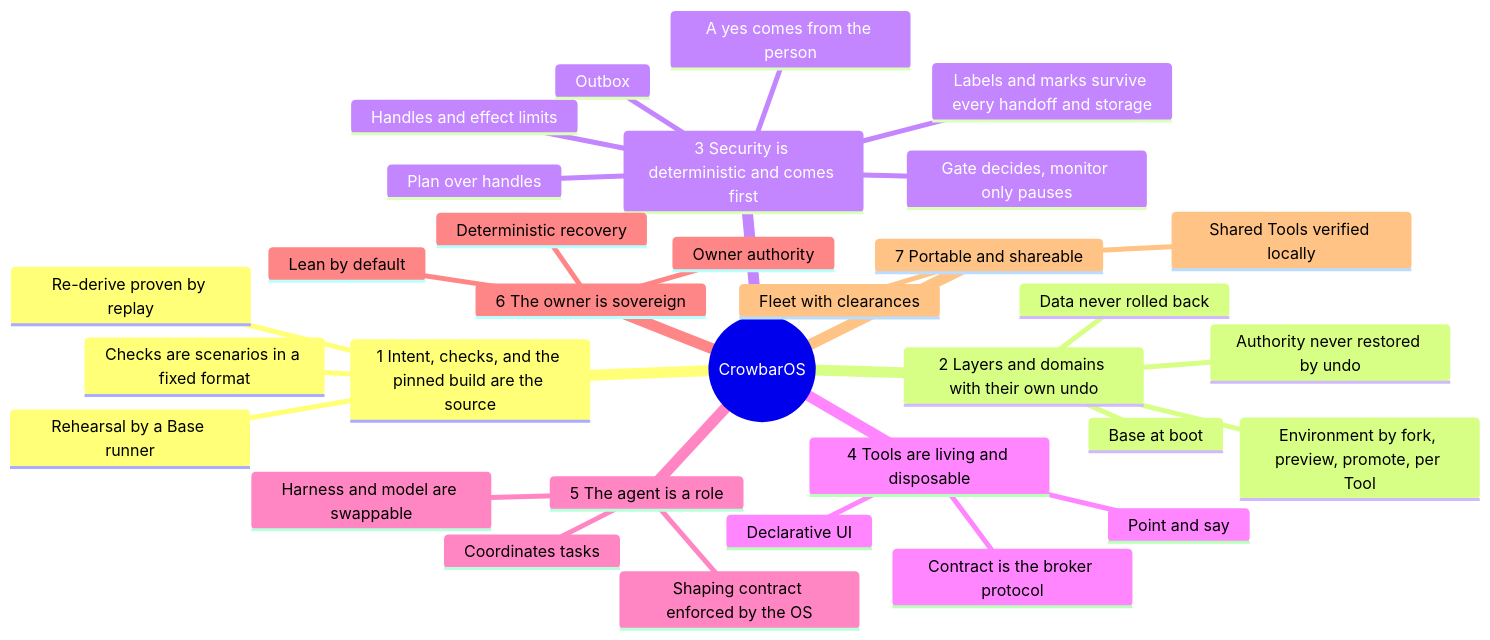
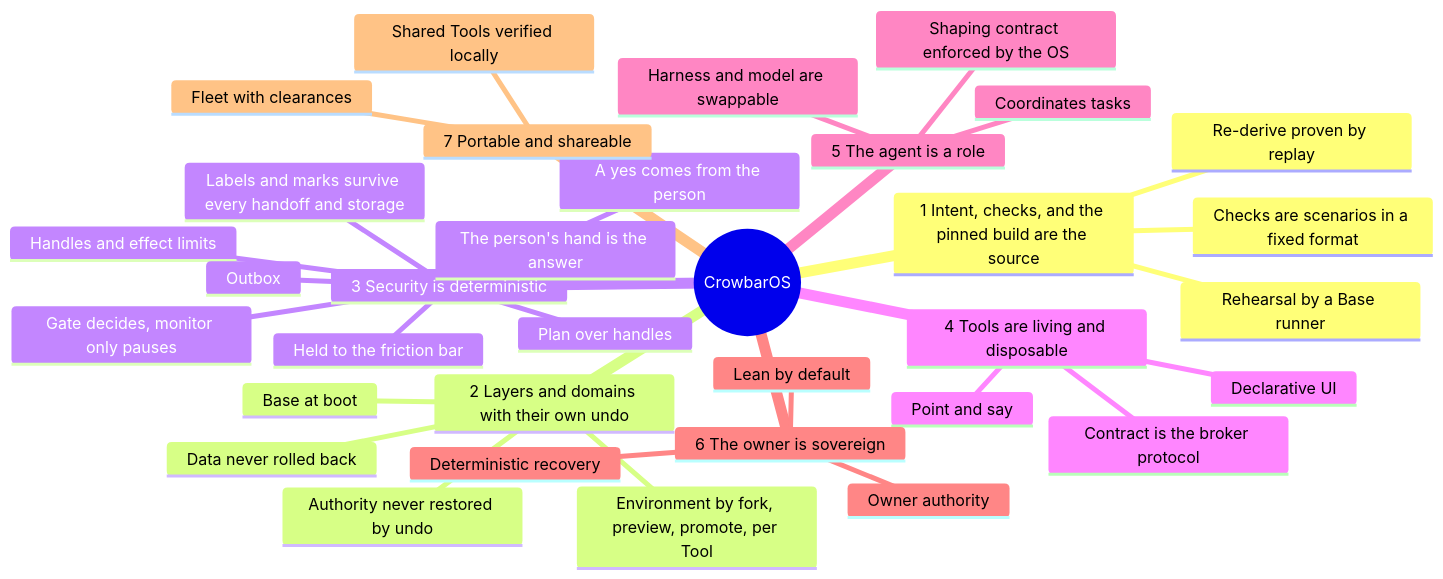
One commit to crowbaros/crowbaros changed the second of 5 diagrams in docs/VISION.md. Above: the diagram before and after it, drawn with Mermaid. The commit also changed other lines of this file and 25 other files, not shown here.

First line of the commit message:
docs(vision): the friction bar ranks with the attack list, and each rule that missed it is redesigned (#176)

````diff
--- a/docs/VISION.md
+++ b/docs/VISION.md
@@ -72,35 +80,37 @@
 ```mermaid
 mindmap
   root((CrowbarOS))
     1 Intent, checks, and the pinned build are the source
       Checks are scenarios in a fixed format
       Rehearsal by a Base runner
       Re-derive proven by replay
     2 Layers and domains with their own undo
       Base at boot
       Environment by fork, preview, promote, per Tool
       Data never rolled back
       Authority never restored by undo
-    3 Security is deterministic and comes first
+    3 Security is deterministic
+      Held to the friction bar
       Handles and effect limits
       Gate decides, monitor only pauses
       Labels and marks survive every handoff and storage
       Plan over handles
       A yes comes from the person
+      The person's hand is the answer
       Outbox
     4 Tools are living and disposable
       Contract is the broker protocol
       Declarative UI
       Point and say
     5 The agent is a role
       Coordinates tasks
       Harness and model are swappable
       Shaping contract enforced by the OS
     6 The owner is sovereign
       Owner authority
       Lean by default
       Deterministic recovery
     7 Portable and shareable
       Fleet with clearances
       Shared Tools verified locally
 ```
````
